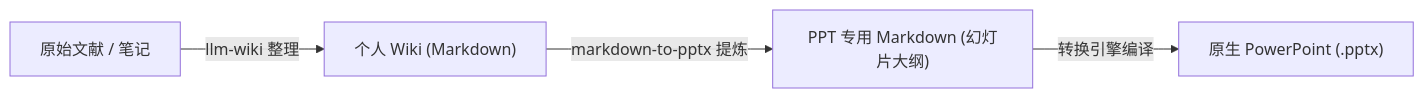
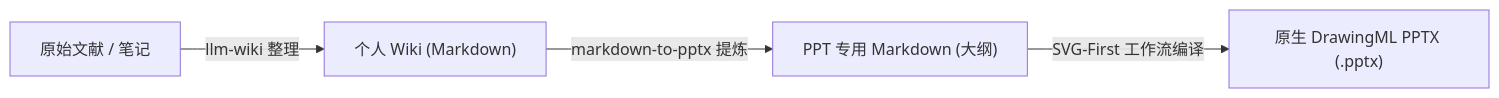
Before and after one commit to arvrschool/markdown-to-pptx: the diagram in README_zh.md, drawn with Mermaid. The commit also changed other lines of this file and 23 other files, not shown here.

````diff
--- a/README_zh.md
+++ b/README_zh.md
@@ -36,6 +33,6 @@
 ```mermaid
 graph LR
     A["原始文献 / 笔记"] -->|llm-wiki 整理| B["个人 Wiki (Markdown)"]
-    B -->|markdown-to-pptx 提炼| C["PPT 专用 Markdown (幻灯片大纲)"]
-    C -->|转换引擎编译| D["原生 PowerPoint (.pptx)"]
+    B -->|markdown-to-pptx 提炼| C["PPT 专用 Markdown (大纲)"]
+    C -->|SVG-First 工作流编译| D["原生 DrawingML PPTX (.pptx)"]
 ```
````
